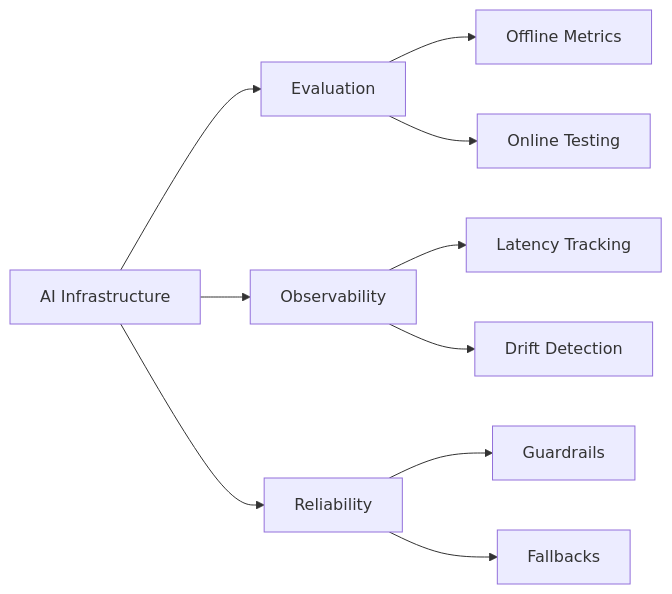
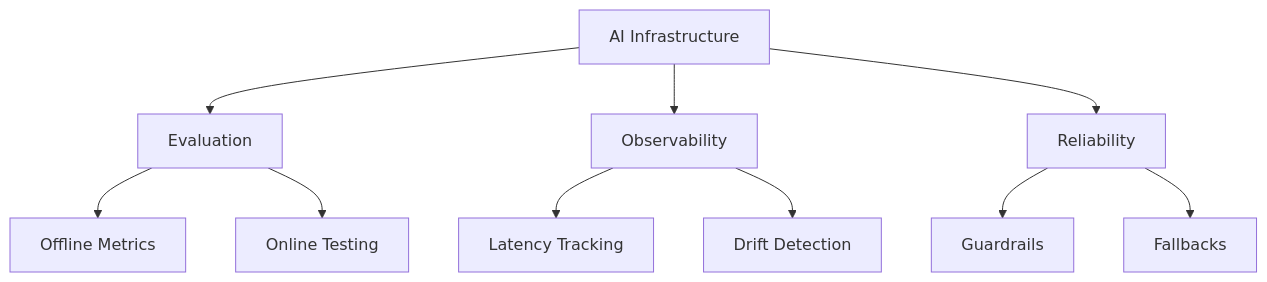
The first of 2 diagrams in ReadMe.md (awesomeananth/awesomeananth), drawn with Mermaid before and after one commit. The commit also changed other lines of this file, not shown here.

````diff
--- a/ReadMe.md
+++ b/ReadMe.md
@@ -97,12 +104,12 @@
 ```mermaid
-graph LR
+graph TD
     A[AI Infrastructure] --> B[Evaluation]
     A --> C[Observability]
     A --> D[Reliability]
     B --> E[Offline Metrics]
     B --> F[Online Testing]
     C --> G[Latency Tracking]
     C --> H[Drift Detection]
     D --> I[Guardrails]
     D --> J[Fallbacks]
 ```
````
